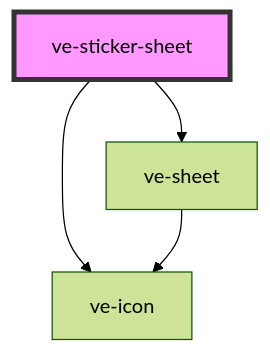
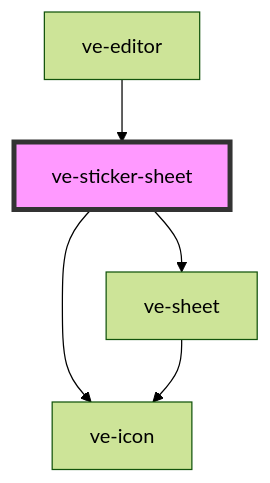
The diagram in src/components/ve-sticker-sheet/readme.md (dotnetdreamer/capacitor-video-kit), drawn with Mermaid (forest theme) before and after one commit. The commit also changed other lines of this file and 38 other files, not shown here.

````diff
--- a/src/components/ve-sticker-sheet/readme.md
+++ b/src/components/ve-sticker-sheet/readme.md
@@ -35,7 +39,8 @@
 ```mermaid
 graph TD;
   ve-sticker-sheet --> ve-sheet
   ve-sticker-sheet --> ve-icon
   ve-sheet --> ve-icon
+  ve-editor --> ve-sticker-sheet
   style ve-sticker-sheet fill:#f9f,stroke:#333,stroke-width:4px
 ```
````
